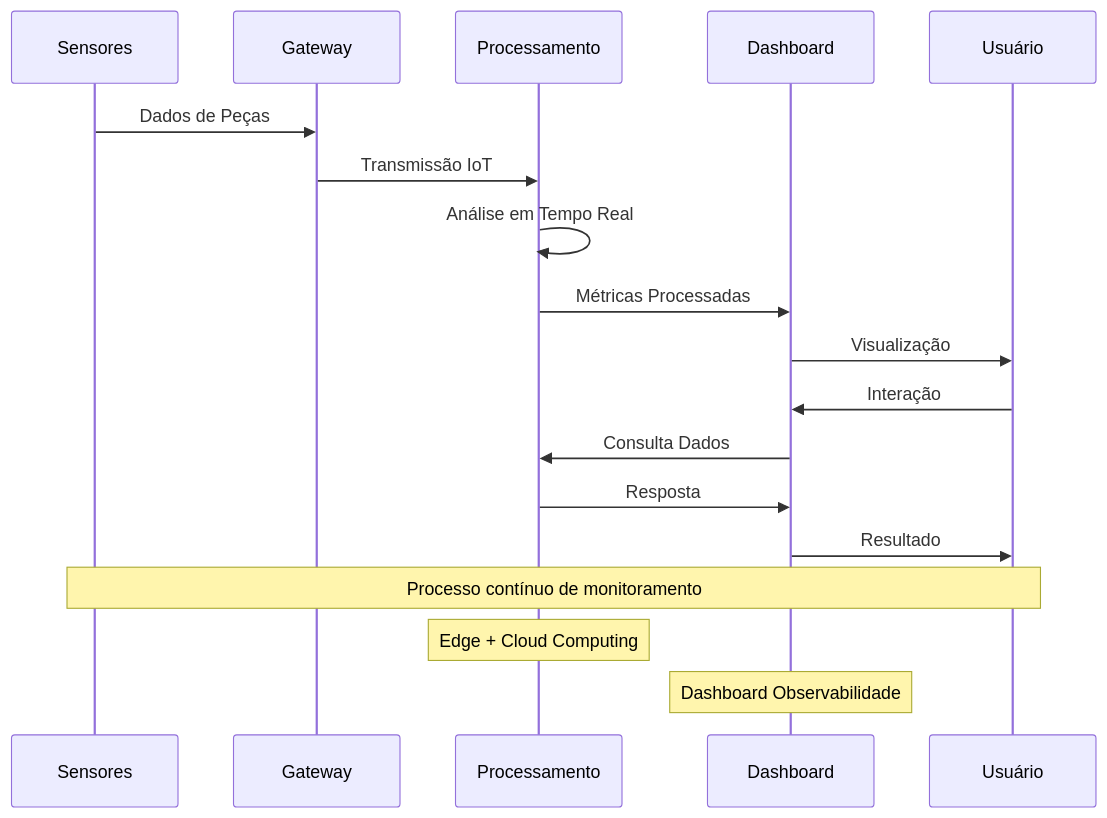
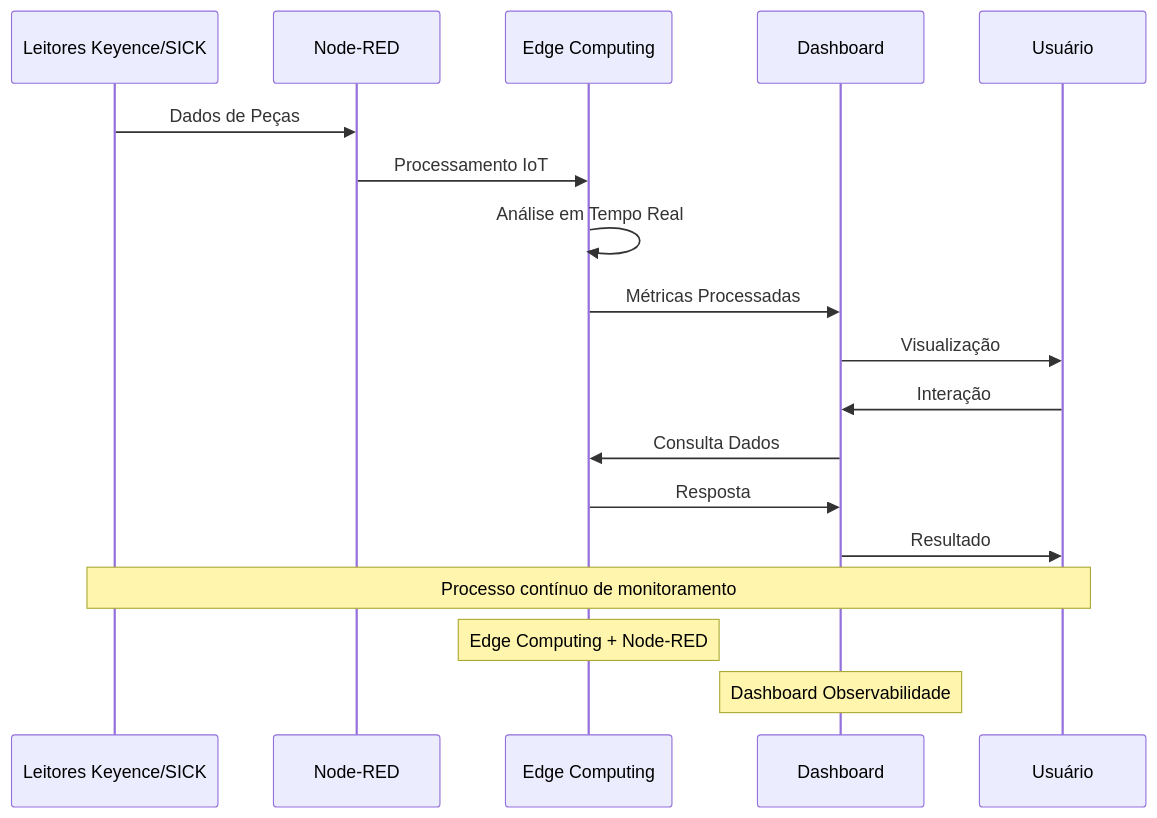
One commit to afonsolelis/20254_inteli_ad04 changed the fifth of 5 diagrams in README.md. Above: the diagram before and after it, drawn with Mermaid. The commit also changed other lines of this file, not shown here.

Commit message:
fix: Update architecture diagrams to reflect actual Volkswagen project
- Remove mobile app from application layer
- Remove cloud processing from processing layer
- Add Node-RED processing as actual technology used
- Update device layer to show Keyence and SICK readers
- Replace generic sensors with specific Volkswagen equipment
- Update sequence diagram to reflect real architecture
- Align diagrams with actual project constraints and technologies

````diff
--- a/README.md
+++ b/README.md
@@ -298,22 +297,22 @@
 ```mermaid
 sequenceDiagram
-    participant S as Sensores
-    participant G as Gateway
-    participant P as Processamento
+    participant K as Leitores Keyence/SICK
+    participant N as Node-RED
+    participant E as Edge Computing
     participant D as Dashboard
     participant U as Usuário
     
-    S->>G: Dados de Peças
-    G->>P: Transmissão IoT
-    P->>P: Análise em Tempo Real
-    P->>D: Métricas Processadas
+    K->>N: Dados de Peças
+    N->>E: Processamento IoT
+    E->>E: Análise em Tempo Real
+    E->>D: Métricas Processadas
     D->>U: Visualização
     U->>D: Interação
-    D->>P: Consulta Dados
-    P->>D: Resposta
+    D->>E: Consulta Dados
+    E->>D: Resposta
     D->>U: Resultado
     
-    Note over S,U: Processo contínuo de monitoramento
-    Note over P: Edge + Cloud Computing
+    Note over K,U: Processo contínuo de monitoramento
+    Note over E: Edge Computing + Node-RED
     Note over D: Dashboard Observabilidade
 ```
````
